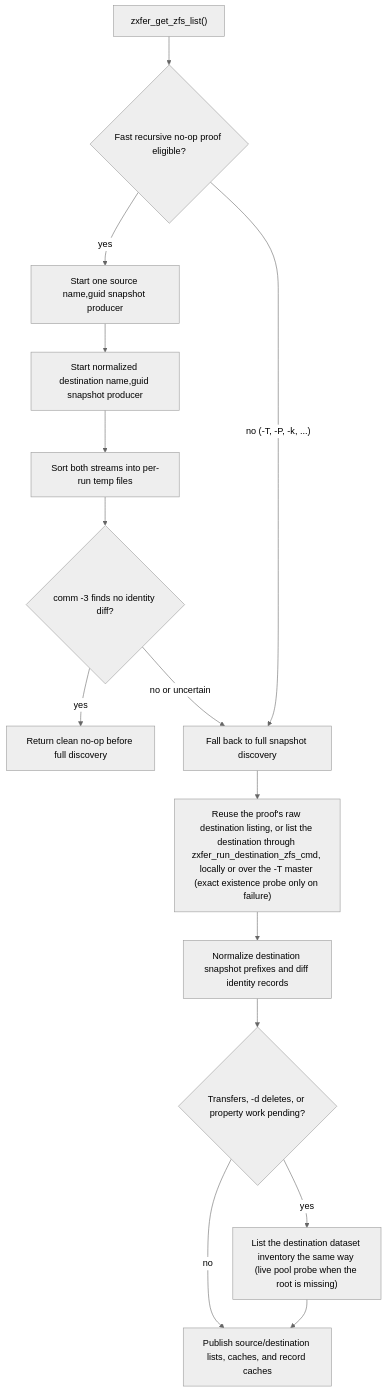
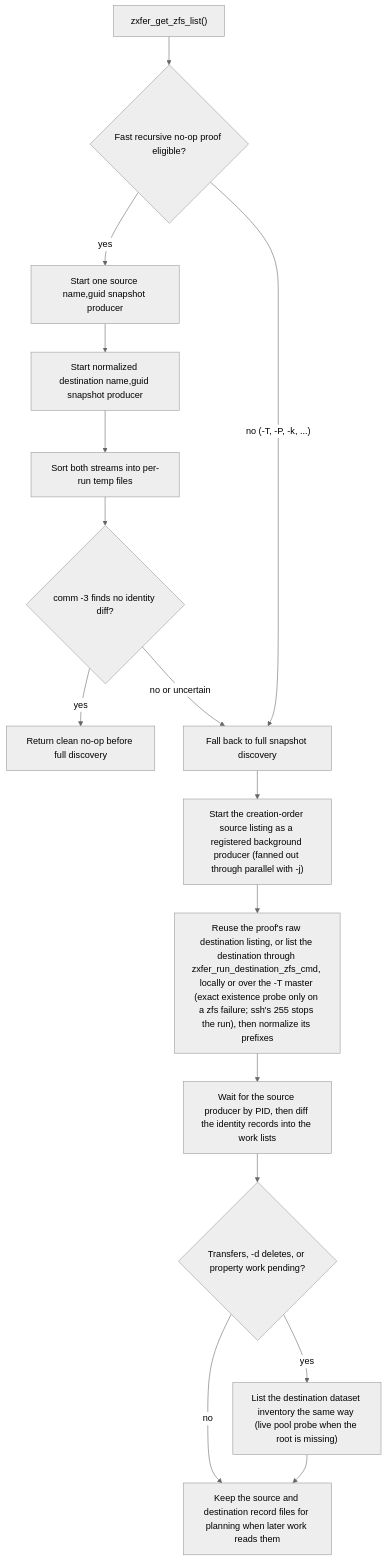
The second of 8 diagrams in docs/architecture.md (totalAldo/zxfer), drawn with Mermaid (neutral theme) before and after one commit. The commit also changed other lines of this file and 30 other files, not shown here.

````diff
--- a/docs/architecture.md
+++ b/docs/architecture.md
@@ -548,17 +579,18 @@
 ```mermaid
 flowchart TD
     A["zxfer_get_zfs_list()"] --> B{"Fast recursive no-op proof eligible?"}
     B -- "yes" --> C["Start one source name,guid snapshot producer"]
     C --> D["Start normalized destination name,guid snapshot producer"]
     D --> E["Sort both streams into per-run temp files"]
     E --> F{"comm -3 finds no identity diff?"}
     F -- "yes" --> G["Return clean no-op before full discovery"]
     F -- "no or uncertain" --> H["Fall back to full snapshot discovery"]
     B -- "no (-T, -P, -k, ...)" --> H
-    H --> L["Reuse the proof's raw destination listing, or list the destination through zxfer_run_destination_zfs_cmd, locally or over the -T master (exact existence probe only on failure)"]
-    L --> M["Normalize destination snapshot prefixes and diff identity records"]
+    H --> H1["Start the creation-order source listing as a registered background producer (fanned out through parallel with -j)"]
+    H1 --> L["Reuse the proof's raw destination listing, or list the destination through zxfer_run_destination_zfs_cmd, locally or over the -T master (exact existence probe only on a zfs failure; ssh's 255 stops the run), then normalize its prefixes"]
+    L --> M["Wait for the source producer by PID, then diff the identity records into the work lists"]
     M --> I{"Transfers, -d deletes, or property work pending?"}
     I -- "yes" --> J["List the destination dataset inventory the same way (live pool probe when the root is missing)"]
-    I -- "no" --> N["Publish source/destination lists, caches, and record caches"]
+    I -- "no" --> N["Keep the source and destination record files for planning when later work reads them"]
     J --> N
 ```
````
